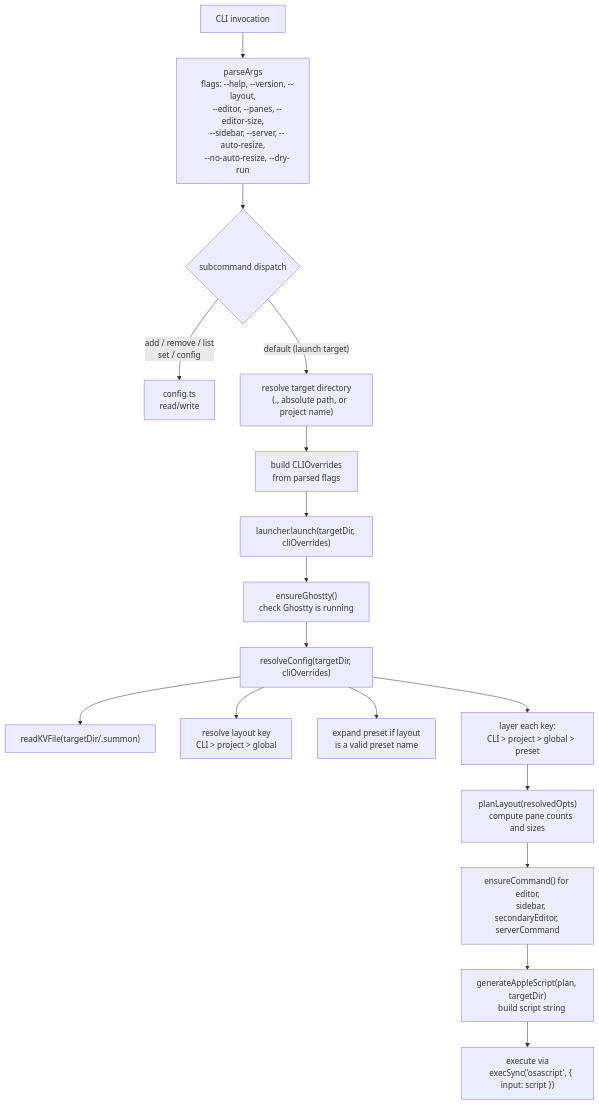
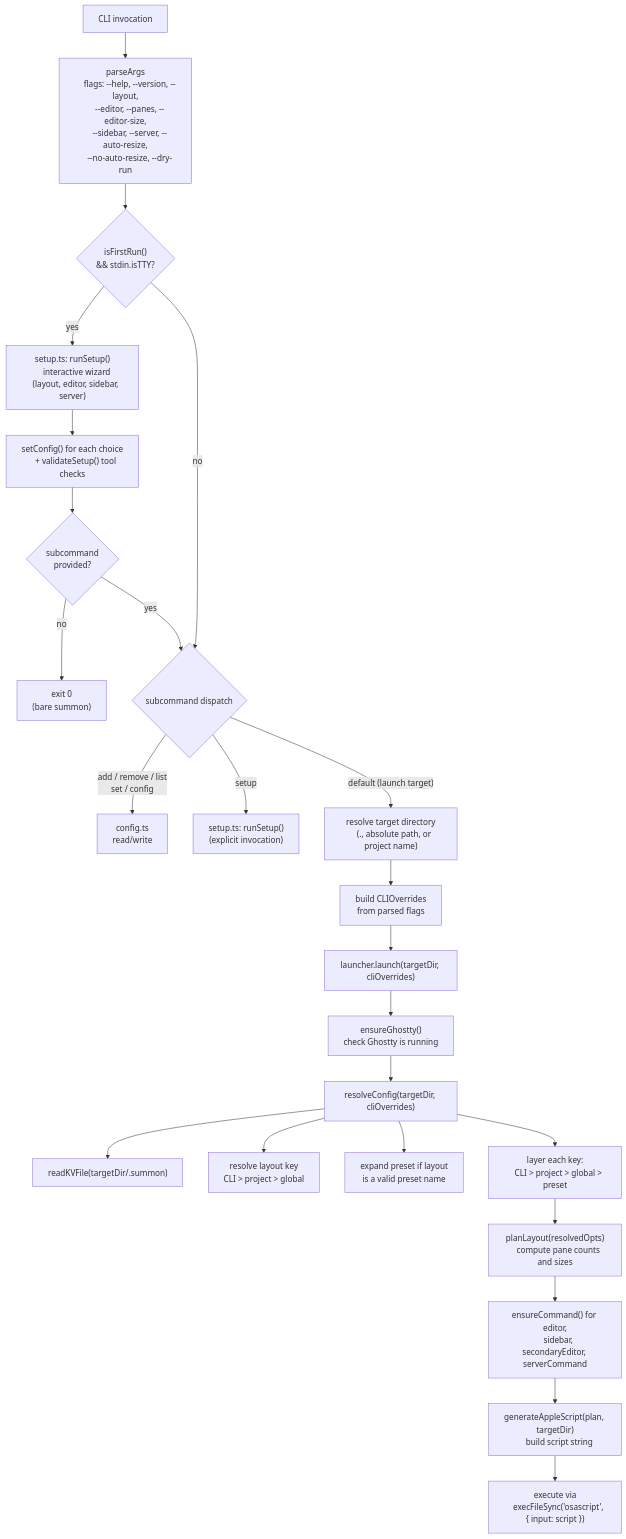
Before and after one commit to juan294/summon: the second of 4 diagrams in docs/architecture.md, drawn with Mermaid. The commit also changed other lines of this file and 4 other files, not shown here.

First line of the commit message:
docs: document setup wizard feature across all docs

````diff
--- a/docs/architecture.md
+++ b/docs/architecture.md
@@ -45,40 +60,56 @@
 ```mermaid
 flowchart TD
     cli["CLI invocation"] --> parse["parseArgs
     flags: --help, --version, --layout,
     --editor, --panes, --editor-size,
     --sidebar, --server, --auto-resize,
     --no-auto-resize, --dry-run"]
-    parse --> dispatch{"subcommand dispatch"}
+    parse --> firstrun{"isFirstRun()
+    && stdin.isTTY?"}
+
+    firstrun -->|yes| wizard["setup.ts: runSetup()
+    interactive wizard
+    (layout, editor, sidebar, server)"]
+    wizard --> wizardsave["setConfig() for each choice
+    + validateSetup() tool checks"]
+    wizardsave --> wizardcont{"subcommand
+    provided?"}
+    wizardcont -->|no| exit0["exit 0
+    (bare summon)"]
+    wizardcont -->|yes| dispatch
+
+    firstrun -->|no| dispatch{"subcommand dispatch"}
 
     dispatch -->|"add / remove / list
     set / config"| configrw["config.ts
     read/write"]
+    dispatch -->|"setup"| wizardexplicit["setup.ts: runSetup()
+    (explicit invocation)"]
     dispatch -->|"default (launch target)"| resolve["resolve target directory
     (., absolute path, or project name)"]
 
     resolve --> overrides["build CLIOverrides
     from parsed flags"]
     overrides --> launch["launcher.launch(targetDir, cliOverrides)"]
 
     launch --> ghostty["ensureGhostty()
     check Ghostty is running"]
     ghostty --> resolvecfg["resolveConfig(targetDir, cliOverrides)"]
 
     resolvecfg --> readkv["readKVFile(targetDir/.summon)"]
     resolvecfg --> resolvekey["resolve layout key
     CLI > project > global"]
     resolvecfg --> expand["expand preset if layout
     is a valid preset name"]
     resolvecfg --> layer["layer each key:
     CLI > project > global > preset"]
 
     layer --> plan["planLayout(resolvedOpts)
     compute pane counts and sizes"]
     plan --> ensure["ensureCommand() for editor,
     sidebar, secondaryEditor, serverCommand"]
     ensure --> gen["generateAppleScript(plan, targetDir)
     build script string"]
     gen --> exec["execute via
-    execSync('osascript', { input: script })"]
+    execFileSync('osascript', { input: script })"]
 ```
````
